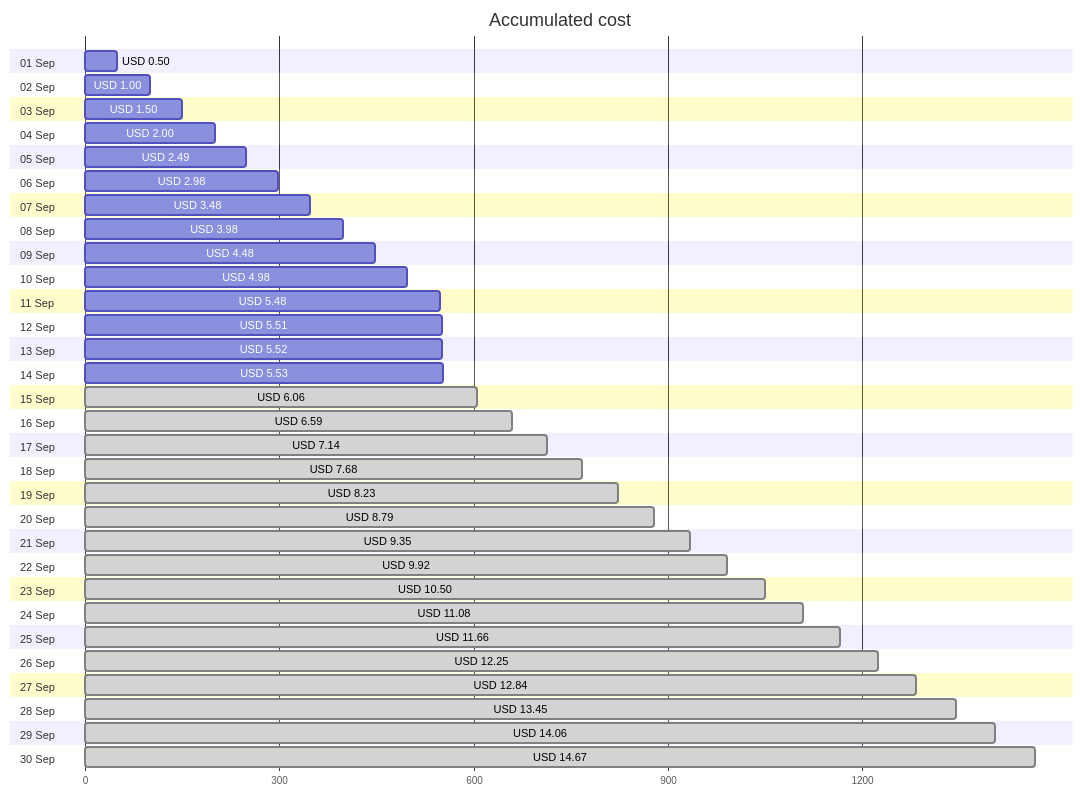
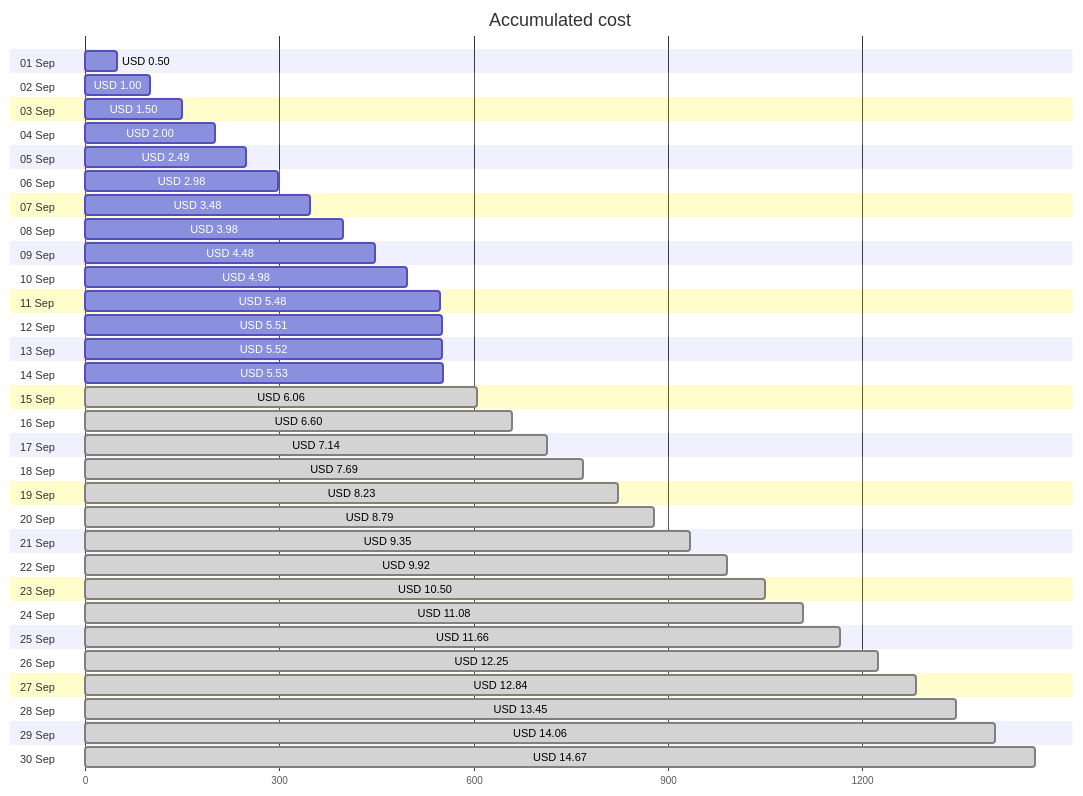
The first of 4 diagrams in cost-reports/cloud-shell-storage-eastus/cs2100300008c8d894b.md (jpfulton/azure-personal-reports), drawn with Mermaid before and after one commit. The commit also changed other lines of this file and 32 other files, not shown here.

````diff
--- a/cost-reports/cloud-shell-storage-eastus/cs2100300008c8d894b.md
+++ b/cost-reports/cloud-shell-storage-eastus/cs2100300008c8d894b.md
@@ -20,66 +20,66 @@
 ```mermaid
 gantt
    title Accumulated cost
    dateFormat  X
    axisFormat %s
    section 01 Sep
    USD 0.50 :0, 50
    section 02 Sep
    USD 1.00 :0, 100
    section 03 Sep
    USD 1.50 :0, 150
    section 04 Sep
    USD 2.00 :0, 200
    section 05 Sep
    USD 2.49 :0, 249
    section 06 Sep
    USD 2.98 :0, 298
    section 07 Sep
    USD 3.48 :0, 348
    section 08 Sep
    USD 3.98 :0, 398
    section 09 Sep
    USD 4.48 :0, 448
    section 10 Sep
    USD 4.98 :0, 498
    section 11 Sep
    USD 5.48 :0, 548
    section 12 Sep
    USD 5.51 :0, 551
    section 13 Sep
    USD 5.52 :0, 552
    section 14 Sep
    USD 5.53 :0, 553
    section 15 Sep
    USD 6.06 : done, 0, 606
    section 16 Sep
-   USD 6.59 : done, 0, 659
+   USD 6.60 : done, 0, 660
    section 17 Sep
    USD 7.14 : done, 0, 714
    section 18 Sep
-   USD 7.68 : done, 0, 768
+   USD 7.69 : done, 0, 769
    section 19 Sep
    USD 8.23 : done, 0, 823
    section 20 Sep
    USD 8.79 : done, 0, 879
    section 21 Sep
    USD 9.35 : done, 0, 935
    section 22 Sep
    USD 9.92 : done, 0, 992
    section 23 Sep
    USD 10.50 : done, 0, 1050
    section 24 Sep
    USD 11.08 : done, 0, 1108
    section 25 Sep
    USD 11.66 : done, 0, 1166
    section 26 Sep
    USD 12.25 : done, 0, 1225
    section 27 Sep
    USD 12.84 : done, 0, 1284
    section 28 Sep
    USD 13.45 : done, 0, 1345
    section 29 Sep
    USD 14.06 : done, 0, 1406
    section 30 Sep
    USD 14.67 : done, 0, 1467
 ```
````
